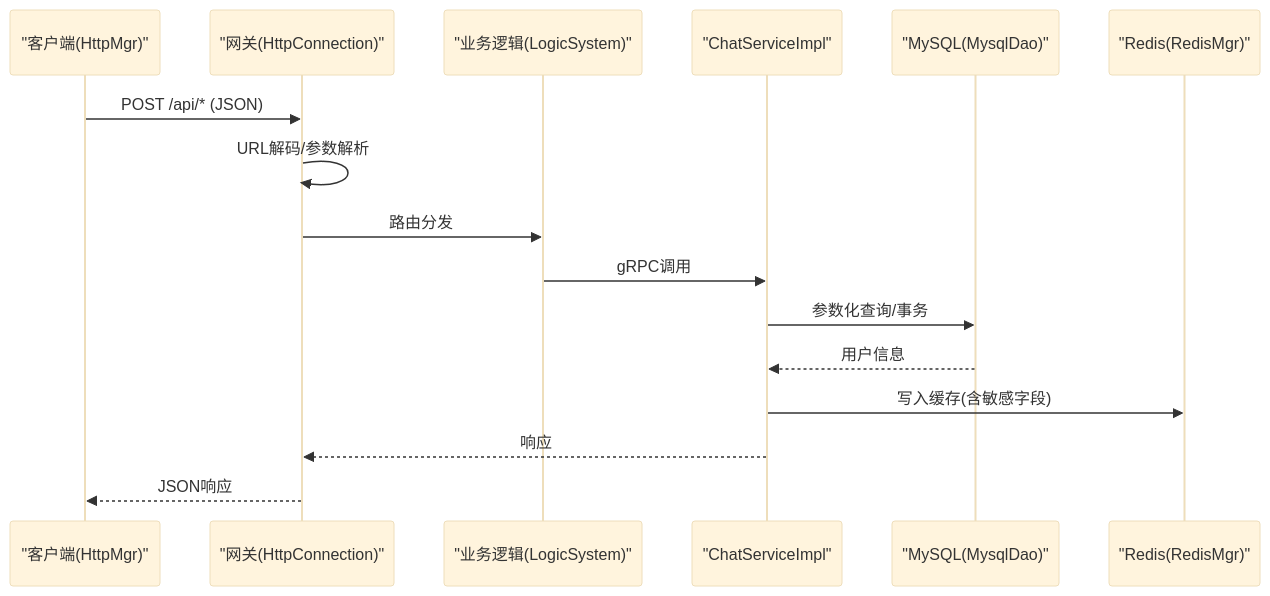
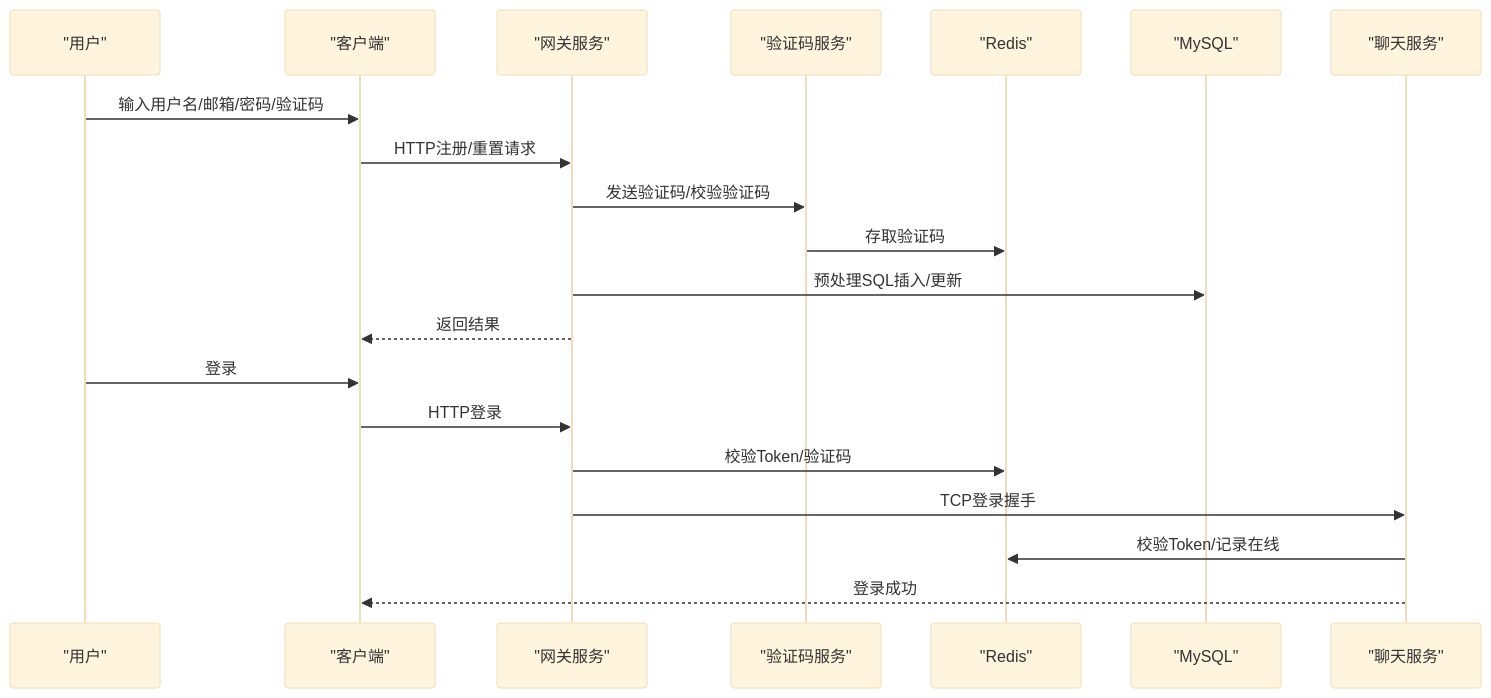
Before and after one commit to echo9923/mychatter: the second of 7 diagrams in .qoder/repowiki/zh/content/安全设计/数据安全保护/数据安全保护.md, drawn with Mermaid (base theme). The commit also changed other lines of this file and 526 other files, not shown here.

Commit message:
docs: 为ChatServer所有头文件添加详细Doxygen注释 - 为18个头文件的类、函数、成员变量添加完整的中文注释 - 包含类职责说明、参数描述、返回值说明 - 涵盖AsioIOServicePool/CServer/CSession/LogicSystem等核心模块 - 同时更新GateServer的VerifyGrpcClient.h注释

````diff
--- a/.qoder/repowiki/zh/content/安全设计/数据安全保护/数据安全保护.md
+++ b/.qoder/repowiki/zh/content/安全设计/数据安全保护/数据安全保护.md
@@ -118,18 +99,22 @@
 ```mermaid
 sequenceDiagram
-participant Client as "客户端(HttpMgr)"
-participant Gate as "网关(HttpConnection)"
-participant Logic as "业务逻辑(LogicSystem)"
-participant Chat as "ChatServiceImpl"
-participant DB as "MySQL(MysqlDao)"
-participant RC as "Redis(RedisMgr)"
-Client->>Gate : POST /api/* (JSON)
-Gate->>Gate : URL解码/参数解析
-Gate->>Logic : 路由分发
-Logic->>Chat : gRPC调用
-Chat->>DB : 参数化查询/事务
-DB-->>Chat : 用户信息
-Chat->>RC : 写入缓存(含敏感字段)
-Chat-->>Gate : 响应
-Gate-->>Client : JSON响应
+participant U as "用户"
+participant C as "客户端"
+participant G as "网关服务"
+participant V as "验证码服务"
+participant R as "Redis"
+participant M as "MySQL"
+participant S as "聊天服务"
+U->>C : 输入用户名/邮箱/密码/验证码
+C->>G : HTTP注册/重置请求
+G->>V : 发送验证码/校验验证码
+V->>R : 存取验证码
+G->>M : 预处理SQL插入/更新
+G-->>C : 返回结果
+U->>C : 登录
+C->>G : HTTP登录
+G->>R : 校验Token/验证码
+G->>S : TCP登录握手
+S->>R : 校验Token/记录在线
+S-->>C : 登录成功
 ```
````
